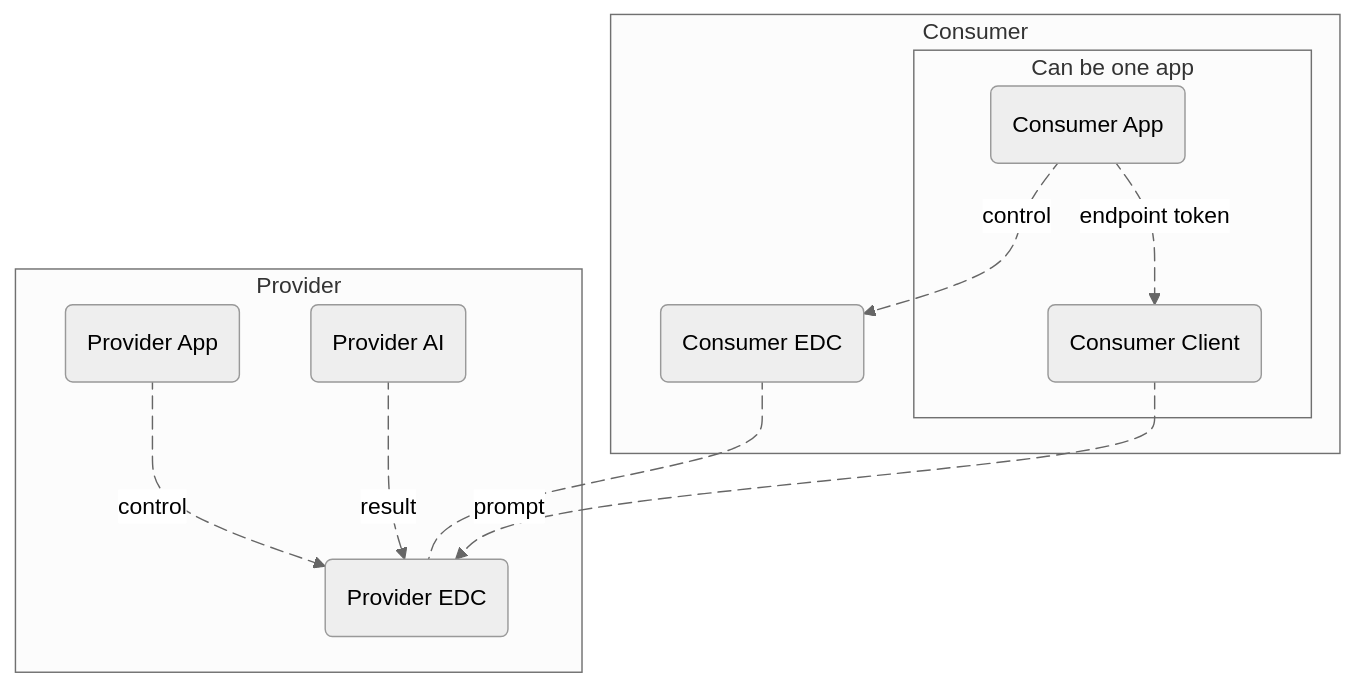
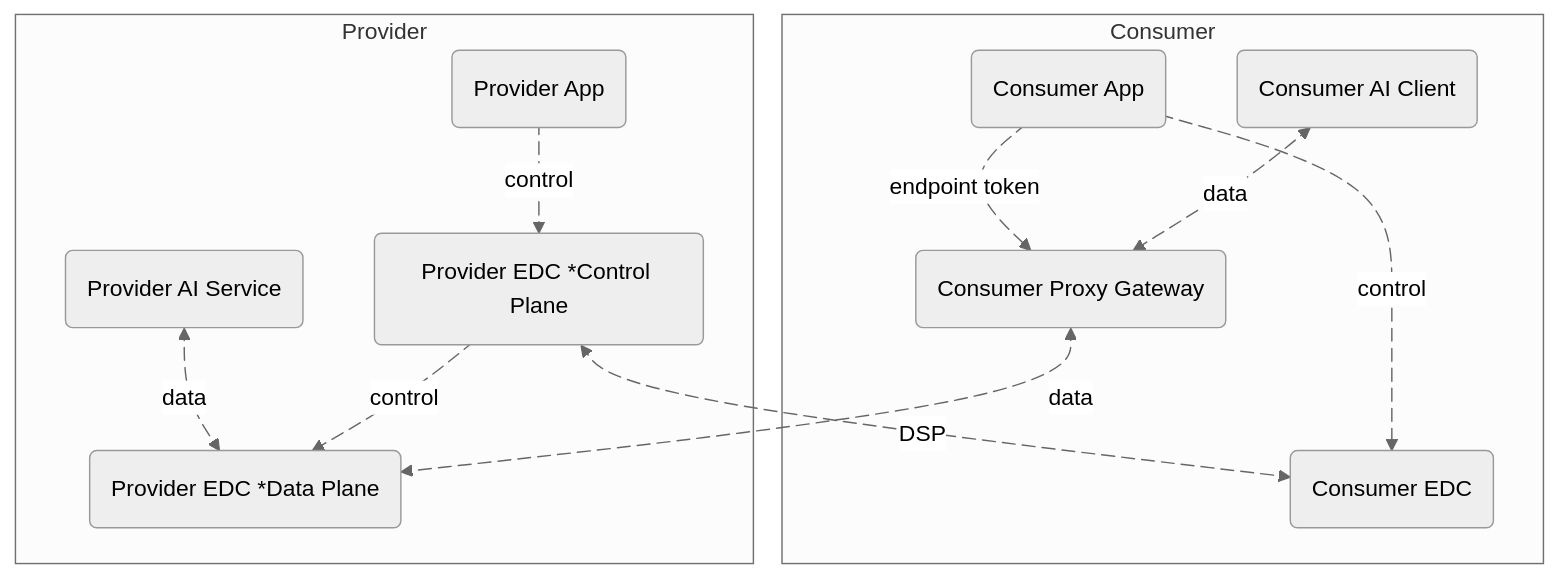
Before and after one commit to eclipse-tractusx/eclipse-tractusx.github.io: the diagram in docs-kits/kits/ai-service-kit/development-view/development-view.md, drawn with Mermaid (neutral theme). The commit also changed other lines of this file and 9 other files, not shown here.

````diff
--- a/docs-kits/kits/ai-service-kit/development-view/development-view.md
+++ b/docs-kits/kits/ai-service-kit/development-view/development-view.md
@@ -33,32 +319,38 @@
 ```mermaid
 flowchart TD
   subgraph Consumer
-  subgraph Can be one app
+
   CApp(Consumer App)
-  CClient(Consumer Client)
+  CAIClient(Consumer AI Client)
+  CEDC(Consumer EDC)
+  CProxy(Consumer Proxy Gateway)  
   end
-  CEDC(Consumer EDC)
-  end
+
+  CApp lc1@-- control --> CEDC
+  lc1@{ animate: true }
+  CApp lc2@-- endpoint token --> CProxy
+  lc2@{ animate: true }
+  CAIClient lc3@<-- data --> CProxy
+  lc3@{ animate: true }
+
   subgraph Provider
   PApp(Provider App)
-  POllama(Provider AI)
-  PEDC(Provider EDC)
+  PAIService(Provider AI Service)
+  PEDCCP(Provider EDC *Control Plane)
+  PEDCDP(Provider EDC *Data Plane)
   end
 
-  CEDC l0@--- PEDC
+  PApp lp1@-- control --> PEDCCP
+  lp1@{ animate: true }
+  PAIService lp2@<-- data --> PEDCDP
+  lp2@{ animate: true }
+  PEDCCP lp3@-- control --> PEDCDP
+  lp3@{ animate: true } 
+
+  PEDCCP l1@<-- DSP --> CEDC
+  l1@{ animate: true}
+
+  CProxy l0@<-- data --> PEDCDP
   l0@{ animate: true }
 
-  CApp l1@-- control --> CEDC
-  l1@{ animate: true }
-  CApp l2@-- endpoint token --> CClient
-  l2@{ animate: true }
-
-  PApp l3@-- control --> PEDC
-  l3@{ animate: true }
-
-  CClient l4@-- prompt --> PEDC
-  l4@{ animate: true }
-
-  POllama l5@-- result --> PEDC
-   l5@{ animate: true }
 ```
````
